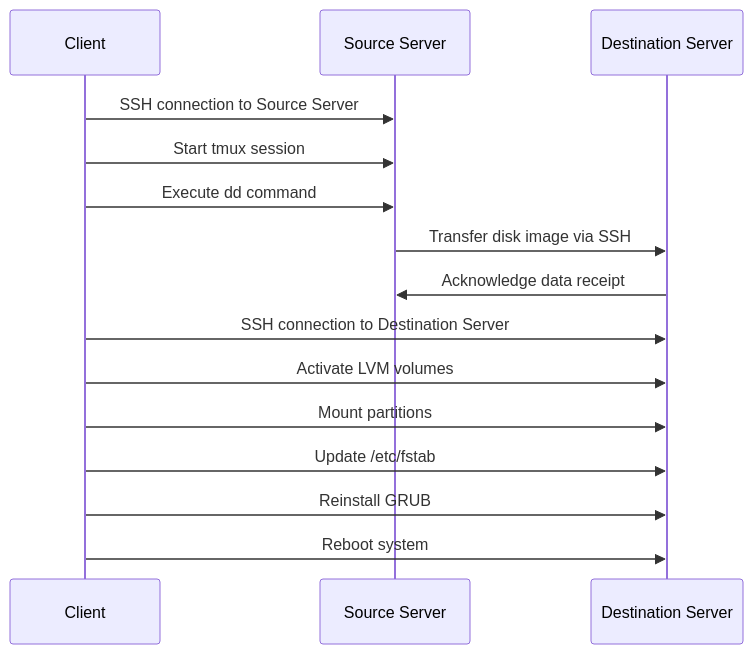
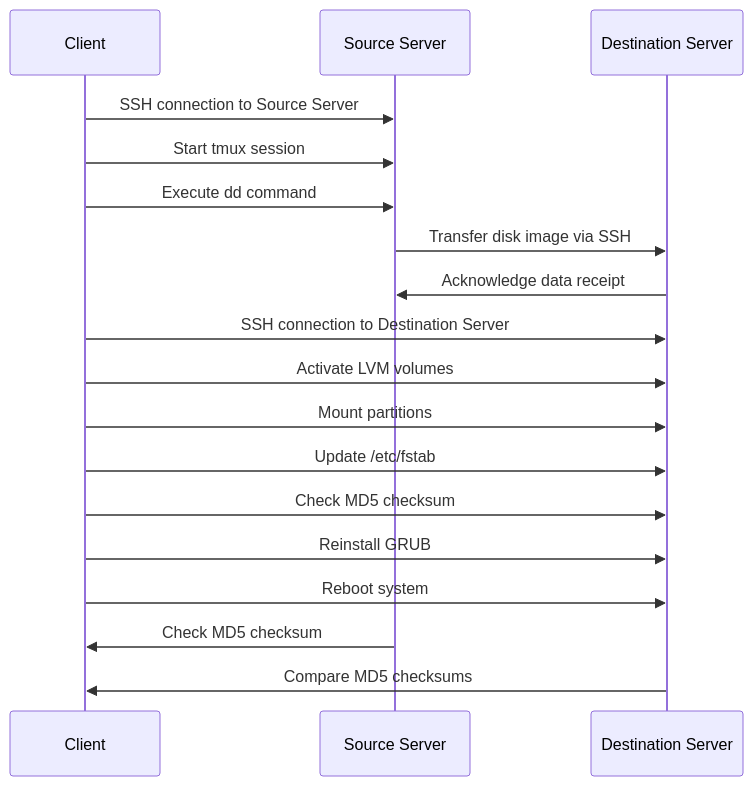
One commit to tamld/dd-clone-linux-system changed the diagram in README.md. Above: the diagram before and after it, drawn with Mermaid. The commit also changed other lines of this file, not shown here.

````diff
--- a/README.md
+++ b/README.md
@@ -51,18 +52,21 @@
 ```mermaid
 sequenceDiagram
     participant Client
     participant Source Server
     participant Destination Server
 
     Client->>Source Server: SSH connection to Source Server
     Client->>Source Server: Start tmux session
     Client->>Source Server: Execute dd command
     Source Server->>Destination Server: Transfer disk image via SSH
     Destination Server->>Source Server: Acknowledge data receipt
     Client->>Destination Server: SSH connection to Destination Server
     Client->>Destination Server: Activate LVM volumes
     Client->>Destination Server: Mount partitions
     Client->>Destination Server: Update /etc/fstab
+    Client->>Destination Server: Check MD5 checksum
     Client->>Destination Server: Reinstall GRUB
     Client->>Destination Server: Reboot system
+    Source Server ->> Client: Check MD5 checksum
+    Destination Server ->> Client: Compare MD5 checksums
 ```
````
